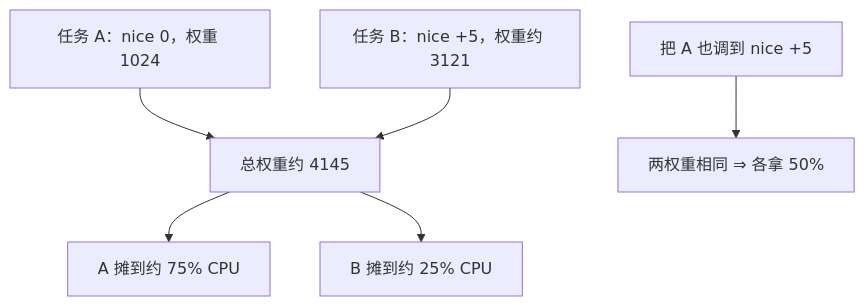
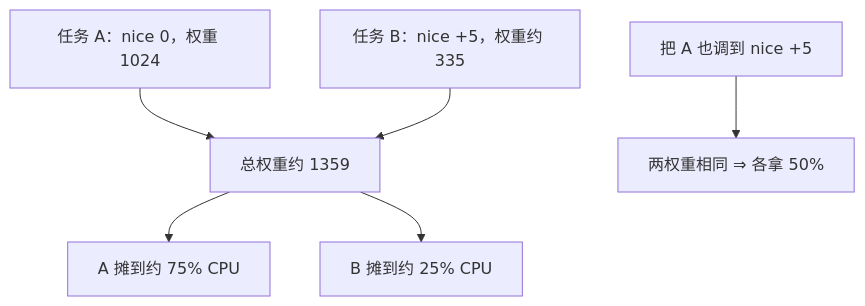
One commit to xhongduo-tech/xhongduo-tech.github.io changed the second of 2 diagrams in docs/cs/nice-weight.md. Above: the diagram before and after it, drawn with Mermaid. The commit also changed other lines of this file and 4 other files, not shown here.

Commit message:
Content review cs-280: nice plus five weighs 335 not 3121, the RM bound at ten tasks is 0.72, the race example loses one update to reach nine, and five stale sequence pointers through the scheduler unit match the current tree.

````diff
--- a/docs/cs/nice-weight.md
+++ b/docs/cs/nice-weight.md
@@ -45,8 +45,8 @@
 ```mermaid
 flowchart TD
-  T1["任务 A：nice 0，权重 1024"] --> SUM["总权重约 4145"]
-  T2["任务 B：nice +5，权重约 3121"] --> SUM
+  T1["任务 A：nice 0，权重 1024"] --> SUM["总权重约 1359"]
+  T2["任务 B：nice +5，权重约 335"] --> SUM
   SUM --> SA["A 摊到约 75% CPU"]
   SUM --> SB["B 摊到约 25% CPU"]
   CH["把 A 也调到 nice +5"] --> EQ["两权重相同 ⇒ 各拿 50%"]
 ```
````
